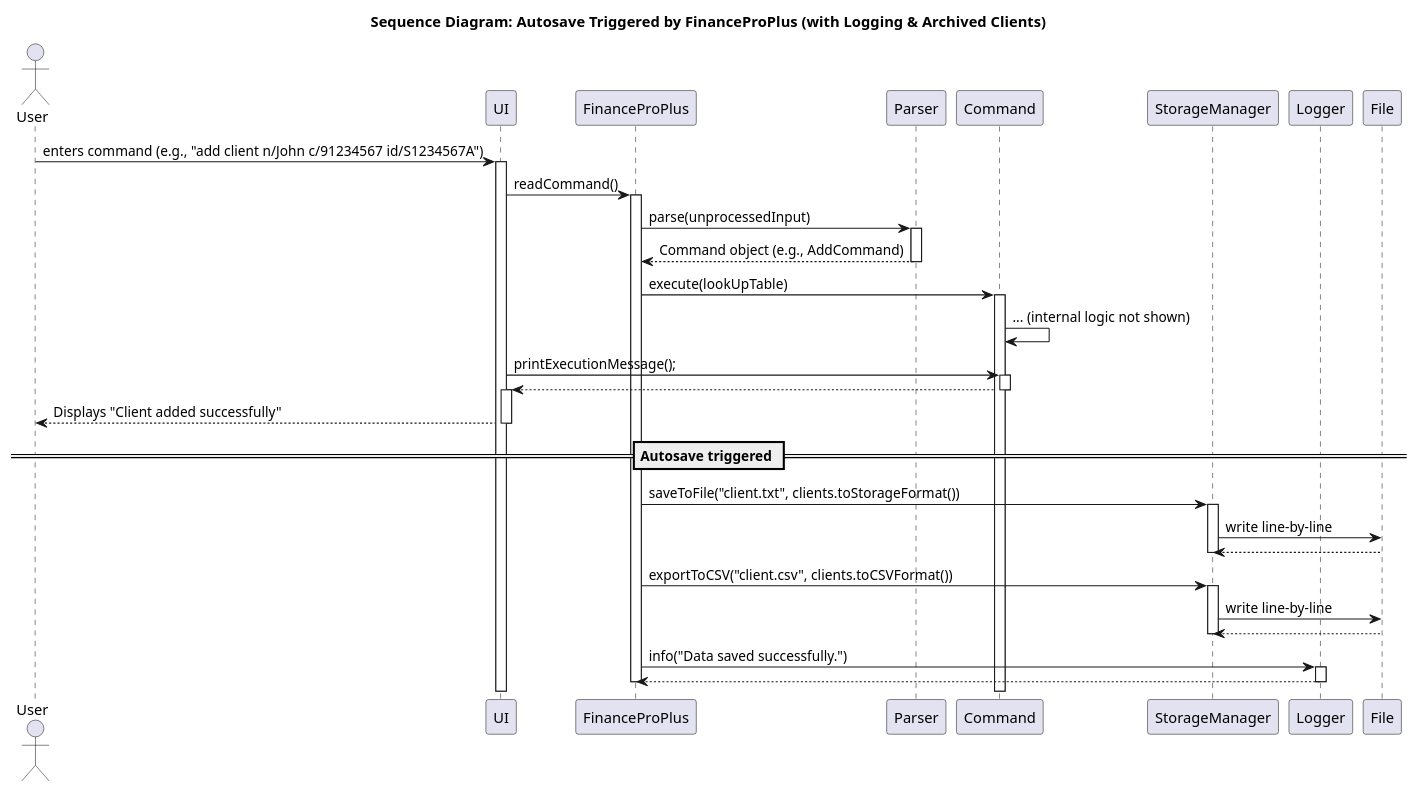
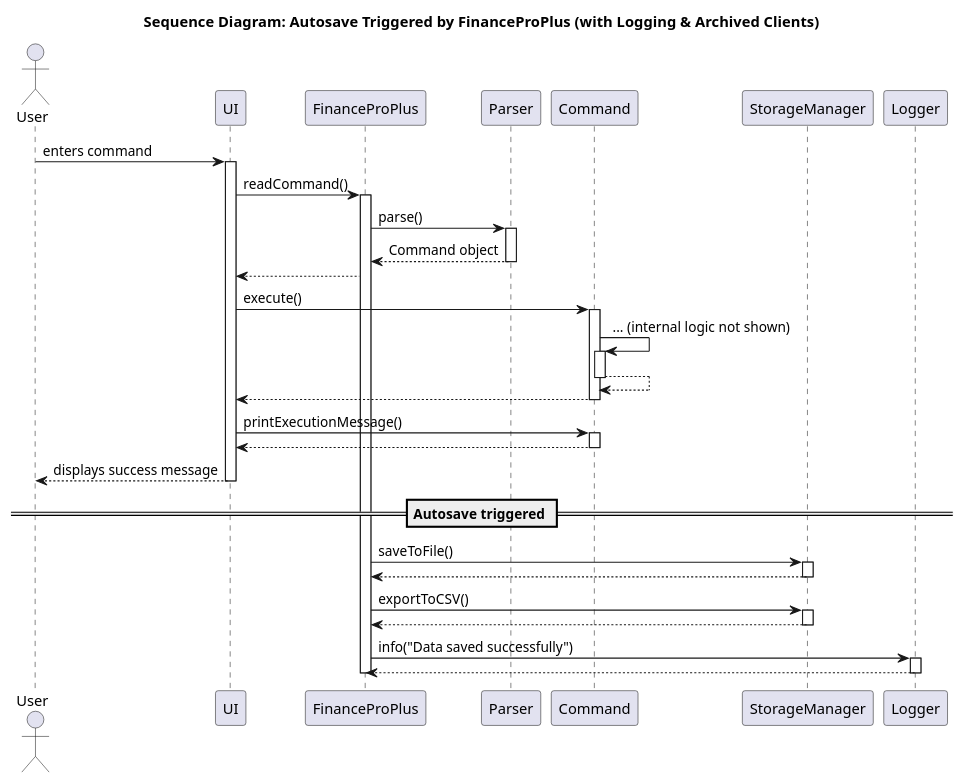
Before and after one commit to ZT712002/tp: the diagram in docs/umldiagrams/Storage.puml, drawn with PlantUML. The commit also changed 4 other files, not shown here.

```diff
--- a/docs/umldiagrams/Storage.puml
+++ b/docs/umldiagrams/Storage.puml
@@ -1,57 +1,61 @@
 @startuml
 title Sequence Diagram: Autosave Triggered by FinanceProPlus (with Logging & Archived Clients)
 
 actor User
 participant "UI" as UI
 participant "FinanceProPlus" as App
 participant "Parser" as Parser
 participant "Command" as Command
 participant "StorageManager" as Storage
 participant "Logger" as Logger
 
-User -> UI: enters command (e.g., "add client n/John c/91234567 id/S1234567A")
+User -> UI: enters command
 activate UI
 
 UI -> App: readCommand()
 activate App
 
-App -> Parser: parse(unprocessedInput)
+App -> Parser: parse()
 activate Parser
-Parser --> App: Command object (e.g., AddCommand)
+Parser --> App: Command object
 deactivate Parser
-
-App -> Command: execute(lookUpTable)
+App -->UI
+UI -> Command: execute()
 activate Command
 Command -> Command: ... (internal logic not shown)
+activate Command
+Command --> Command
+deactivate Command
+Command --> UI
+deactivate Command
 
-UI ->Command :printExecutionMessage();
-    Activate Command
-    Command --> UI
-    deactivate Command
-activate UI
-UI --> User: Displays "Client added successfully"
+
+
+
+UI -> Command: printExecutionMessage()
+activate Command
+Command --> UI
+deactivate Command
+
+UI --> User: displays success message
 deactivate UI
 
 == Autosave triggered ==
 
-App -> Storage: saveToFile("client.txt", clients.toStorageFormat())
+App -> Storage: saveToFile()
 activate Storage
-Storage -> File: write line-by-line
-File --> Storage:
+Storage --> App:
 deactivate Storage
 
-App -> Storage: exportToCSV("client.csv", clients.toCSVFormat())
+App -> Storage: exportToCSV()
 activate Storage
-Storage -> File: write line-by-line
-File --> Storage:
+Storage --> App:
 deactivate Storage
 
-
-App -> Logger: info("Data saved successfully.")
+App -> Logger: info("Data saved successfully")
 activate Logger
-Logger --> App:
+Logger --> App
 deactivate Logger
-
 
 deactivate App
 @enduml
```
